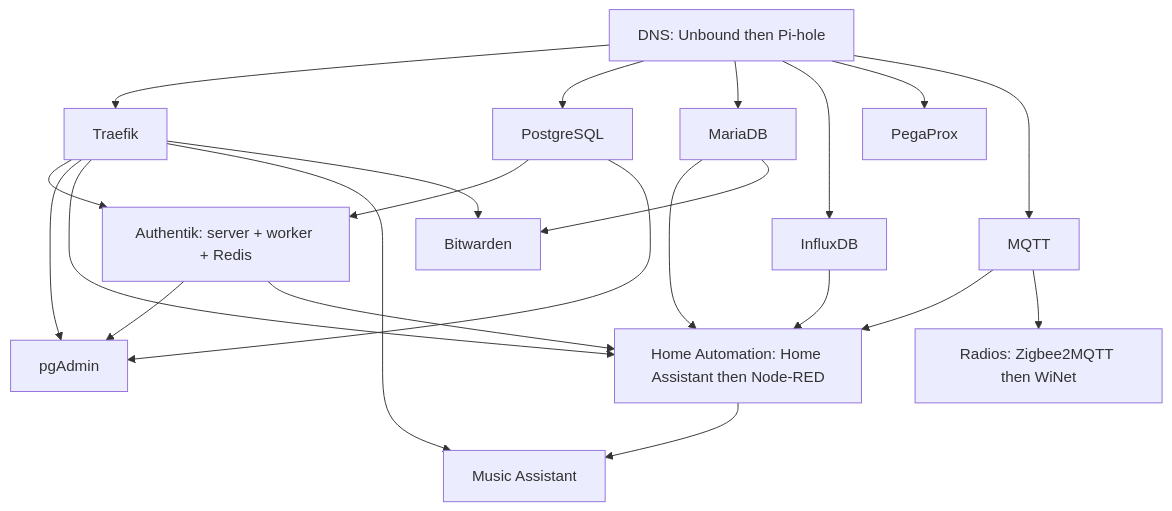
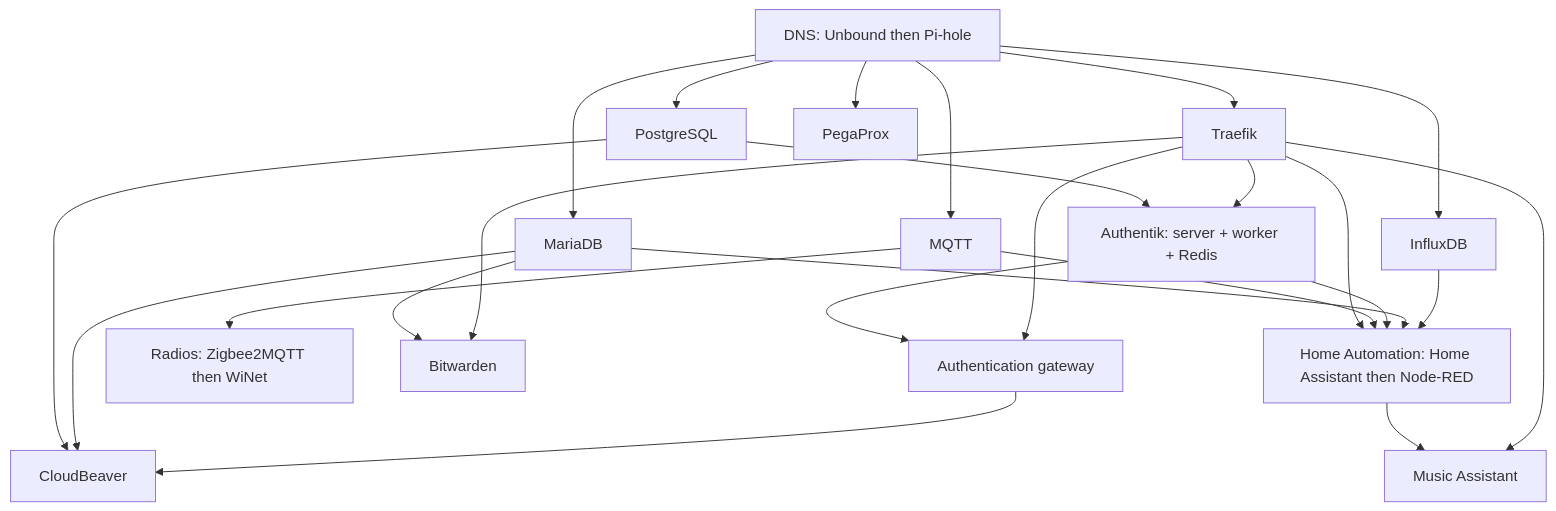
One commit to theaussiepom/homelab-stack changed the diagram in README.md. Above: the diagram before and after it, drawn with Mermaid. The commit also changed 6 other files, not shown here.

````diff
--- a/README.md
+++ b/README.md
@@ -12,24 +12,26 @@
 ```mermaid
 flowchart TD
   DNS[DNS: Unbound then Pi-hole] --> Ingress[Traefik]
   DNS --> PG[PostgreSQL]
   DNS --> Maria[MariaDB]
   DNS --> Influx[InfluxDB]
   DNS --> Pega[PegaProx]
   PG --> Auth[Authentik: server + worker + Redis]
   Ingress --> Auth
-  PG --> Admin[pgAdmin]
-  Auth --> Admin
-  Ingress --> Admin
+  PG --> Admin[CloudBeaver]
+  Maria --> Admin
+  Auth --> Gateway[Authentication gateway]
+  Ingress --> Gateway
+  Gateway --> Admin
   DNS --> Broker[MQTT]
   Ingress --> Auto[Home Automation: Home Assistant then Node-RED]
   Broker --> Auto
   Auth --> Auto
   Maria --> Auto
   Influx --> Auto
   Broker --> Radio[Radios: Zigbee2MQTT then WiNet]
   Auto --> Music[Music Assistant]
   Ingress --> Music
   Maria --> Vault[Bitwarden]
   Ingress --> Vault
 ```
````
